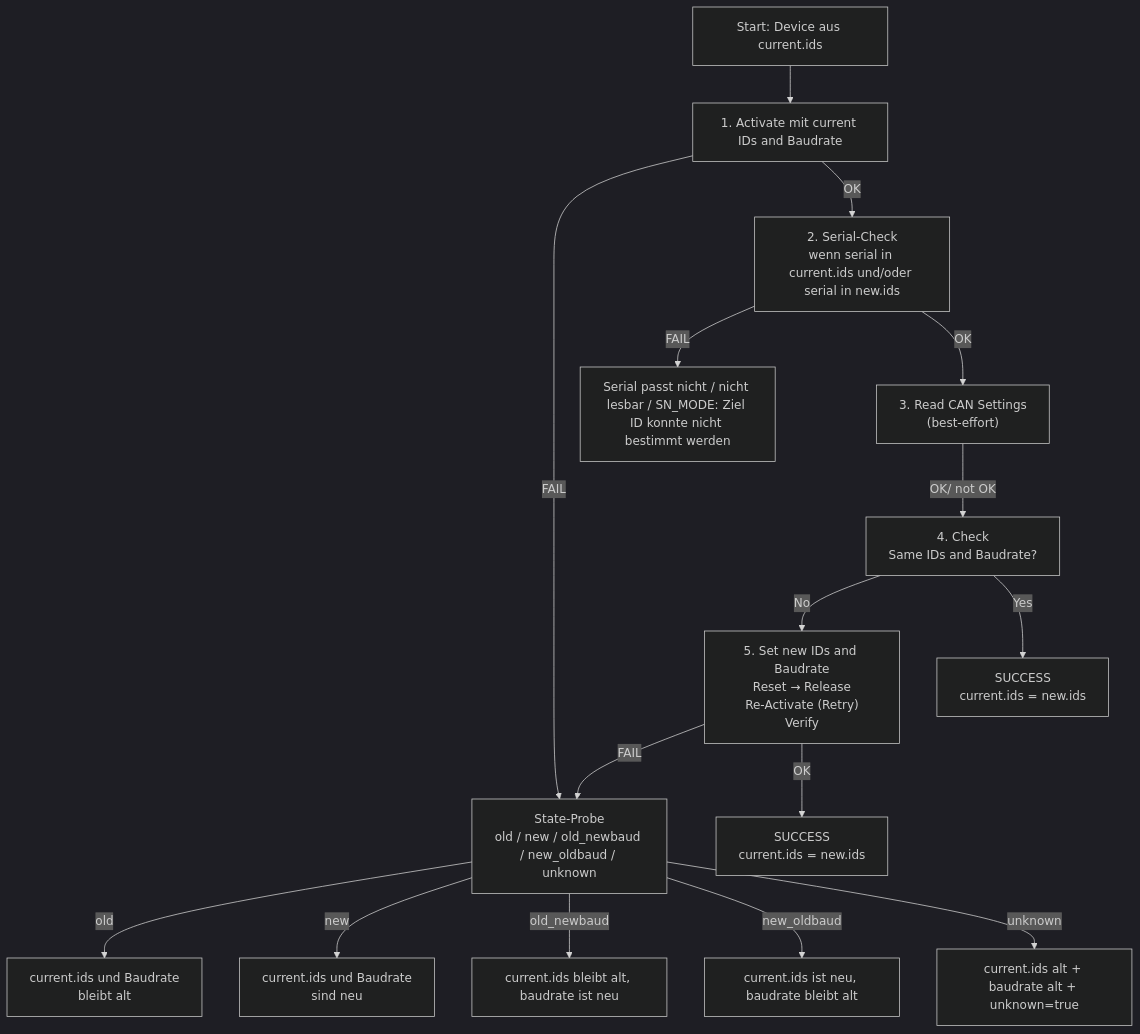
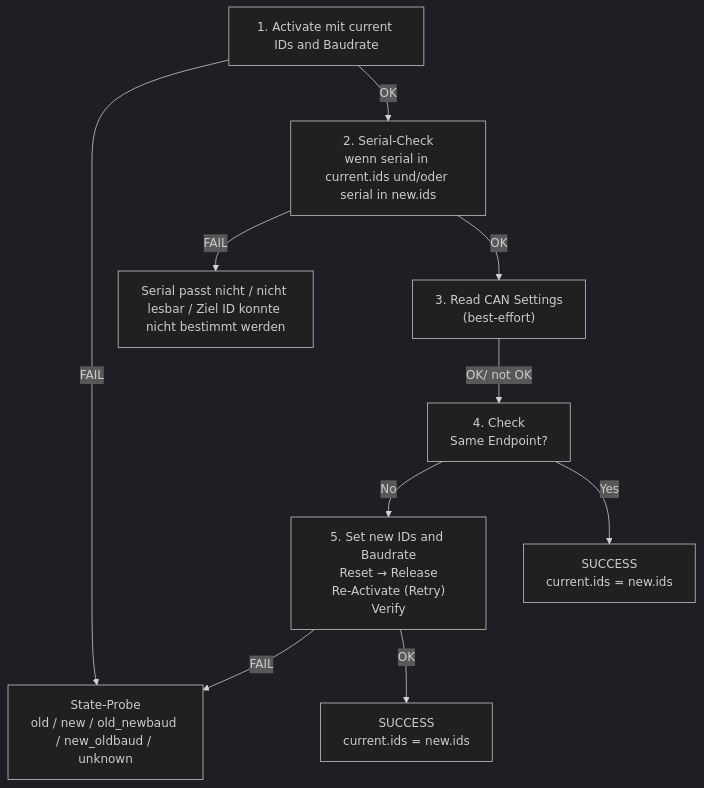
One commit to me-systeme/StartupCAN changed the first of 24 diagrams in README.md. Above: the diagram before and after it, drawn with Mermaid (dark theme). The commit also changed other lines of this file, not shown here.

````diff
--- a/README.md
+++ b/README.md
@@ -12,25 +55,19 @@
 ```mermaid
 flowchart TD
-  A["Start: Device aus current.ids"] --> B["1. Activate mit current IDs and Baudrate"]
+  B["1. Activate mit current IDs and Baudrate"]
 
   B -->|FAIL| P
   B -->|OK| C["2. Serial-Check<br/>wenn serial in current.ids und/oder serial in new.ids"]
 
-  C -->|FAIL| F2["Serial passt nicht / nicht lesbar / SN_MODE: Ziel ID konnte nicht bestimmt werden"]
+  C -->|FAIL| F2["Serial passt nicht / nicht lesbar / Ziel ID konnte nicht bestimmt werden"]
   C -->|OK| D["3. Read CAN Settings<br/>(best-effort)"]
 
-  D -->|OK/ not OK| E["4. Check <br/>Same IDs and Baudrate?"]
+  D -->|OK/ not OK| E["4. Check <br/>Same Endpoint?"]
   
   E -->|No| F["5. Set new IDs and Baudrate<br/>Reset → Release<br/>Re-Activate (Retry)<br/>Verify"]
   E -->|Yes| F3["SUCCESS<br/>current.ids = new.ids"]
   
   F -->|FAIL| P["State-Probe<br/>old / new / old_newbaud / new_oldbaud / unknown"]
   F -->|OK| S["SUCCESS<br/>current.ids = new.ids"]
 
-  P -->|old| O["current.ids und Baudrate <br/> bleibt alt"]
-  P -->|new| N["current.ids und Baudrate <br/> sind neu"]
-  P -->|old_newbaud| O2["current.ids bleibt alt, baudrate ist neu"]
-  P -->|new_oldbaud| N2["current.ids ist neu, baudrate bleibt alt"]
-  P -->|unknown| U["current.ids alt + baudrate alt + unknown=true"]
-
 ``` 
````
